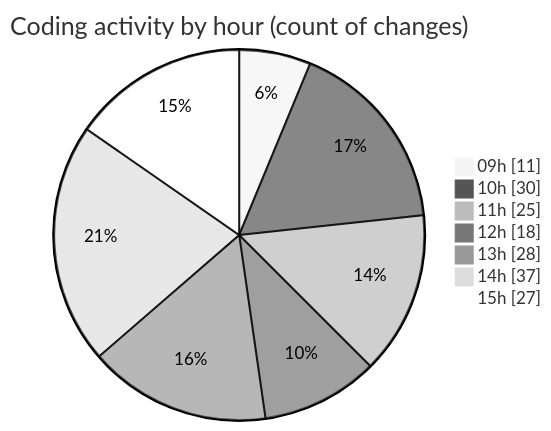
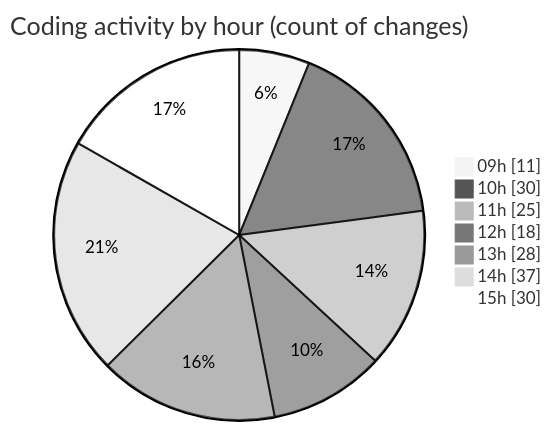
Before and after one commit to momahboobian/code-tracking: the second of 2 diagrams in 2025-06-24/cda/README.md, drawn with Mermaid (neutral theme). The commit also changed other lines of this file and 1 other file, not shown here.

````diff
--- a/2025-06-24/cda/README.md
+++ b/2025-06-24/cda/README.md
@@ -32,11 +32,11 @@
 ```mermaid
 pie showData
 title Coding activity by hour (count of changes)
 "09h" : 11
 "10h" : 30
 "11h" : 25
 "12h" : 18
 "13h" : 28
 "14h" : 37
-"15h" : 27
+"15h" : 30
 ```
````
